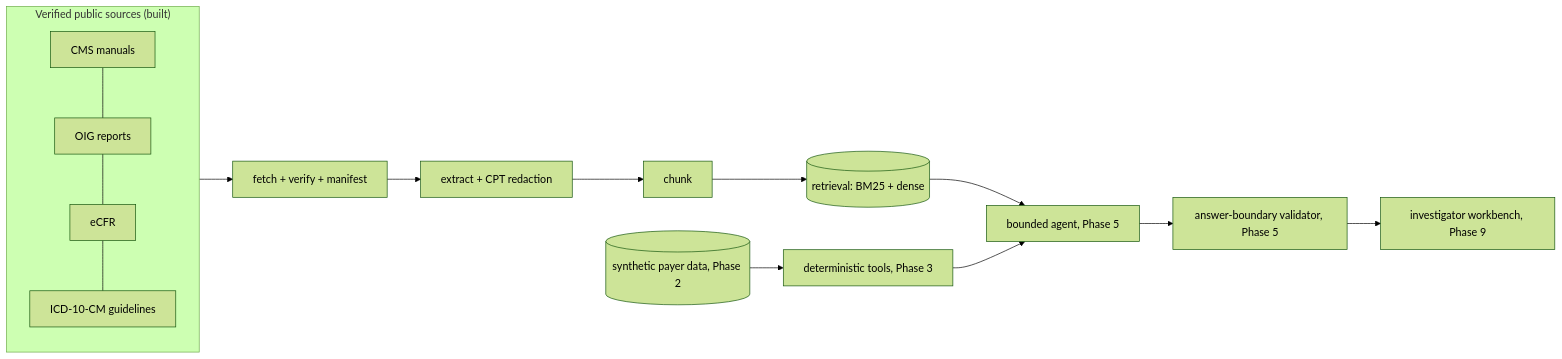
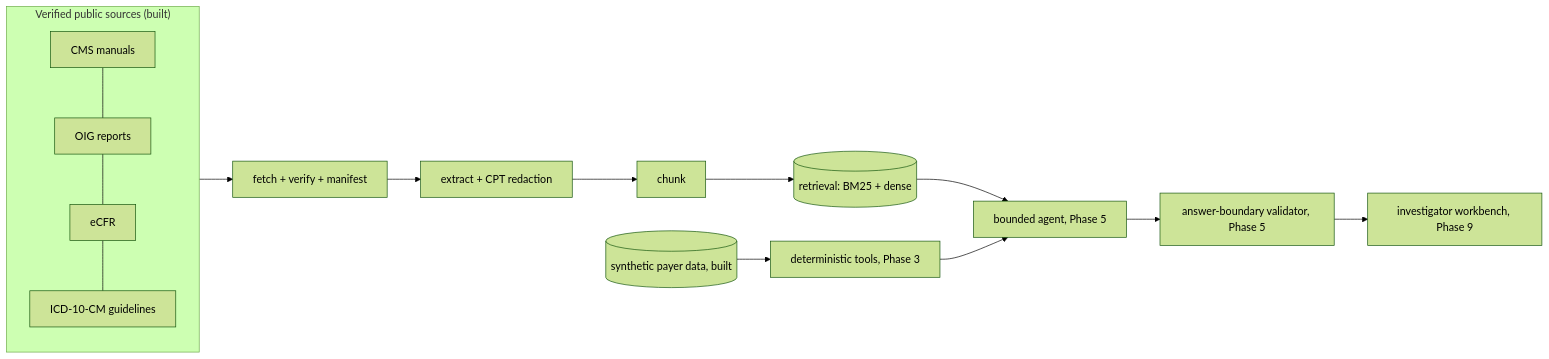
Before and after one commit to bowierliu/claimsignal: the diagram in docs/ARCHITECTURE.md, drawn with Mermaid (forest theme). The commit also changed other lines of this file and 10 other files, not shown here.

Commit message:
Phase 2: data model docs, report, decisions, known failures, metrics

````diff
--- a/docs/ARCHITECTURE.md
+++ b/docs/ARCHITECTURE.md
@@ -11,15 +11,15 @@
 ```mermaid
 flowchart LR
     subgraph Sources["Verified public sources (built)"]
         S1[CMS manuals] --- S2[OIG reports] --- S3[eCFR] --- S4[ICD-10-CM guidelines]
     end
     Sources --> F[fetch + verify + manifest]
     F --> X[extract + CPT redaction]
     X --> C[chunk]
     C --> R[(retrieval: BM25 + dense)]
-    D[(synthetic payer data, Phase 2)] --> T[deterministic tools, Phase 3]
+    D[(synthetic payer data, built)] --> T[deterministic tools, Phase 3]
     R --> A[bounded agent, Phase 5]
     T --> A
     A --> V[answer-boundary validator, Phase 5]
     V --> U[investigator workbench, Phase 9]
 ```
````
